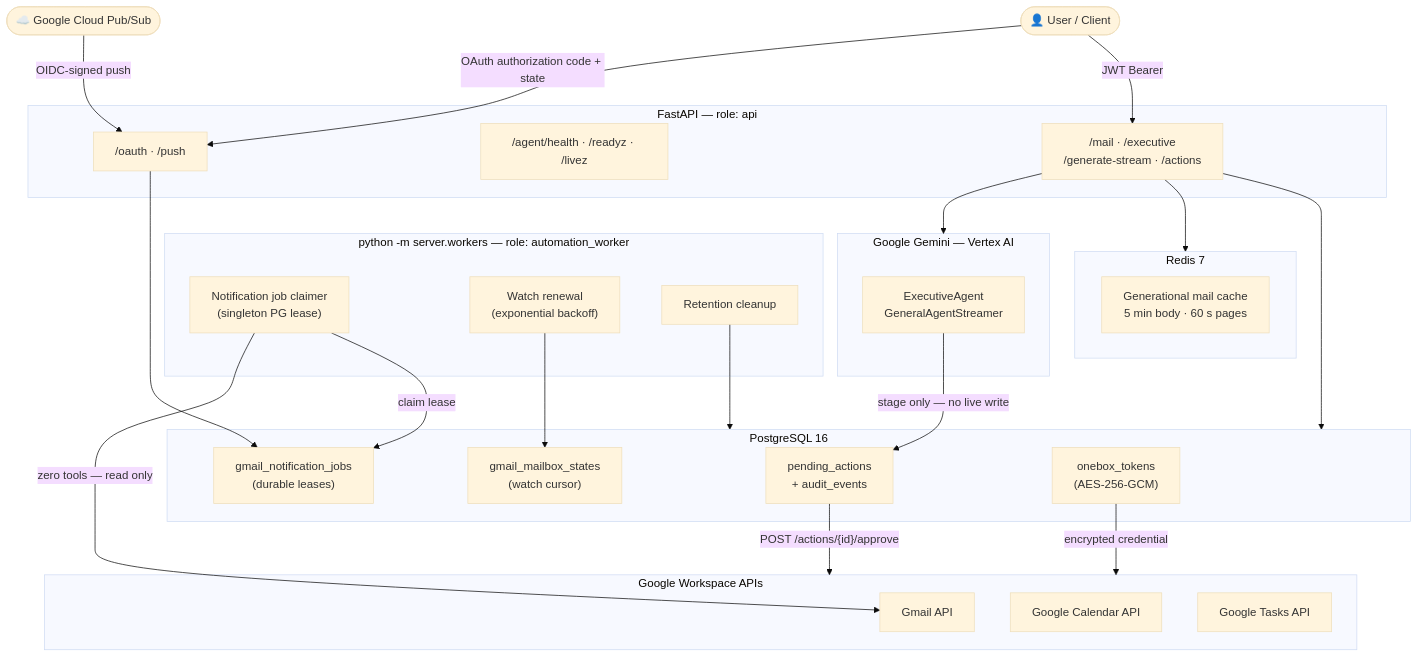
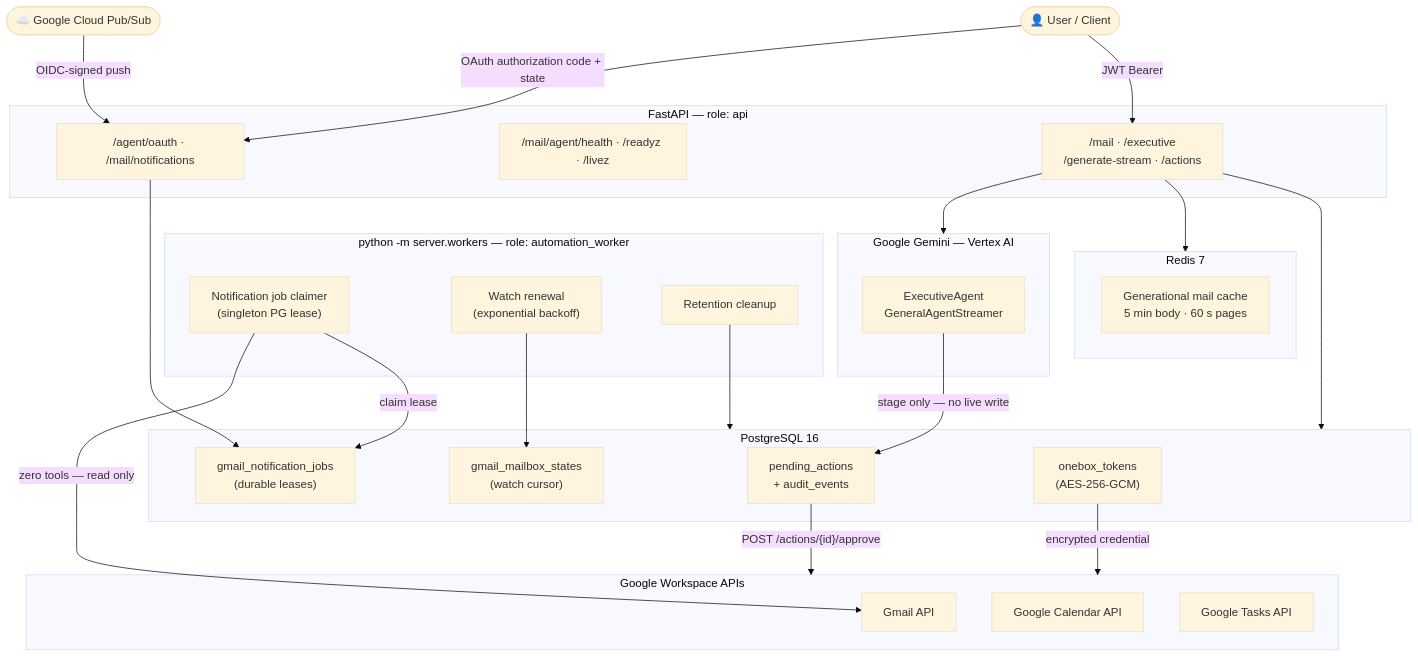
One commit to HarshilMaks/onebox changed the first of 2 diagrams in README.md. Above: the diagram before and after it, drawn with Mermaid (base theme).

Commit message:
docs: correct service routes in architecture diagram

````diff
--- a/README.md
+++ b/README.md
@@ -45,57 +45,57 @@
 ```mermaid
 flowchart TD
     User(["👤 User / Client"])
     GCP(["☁️ Google Cloud Pub/Sub"])
 
     subgraph API ["FastAPI — role: api"]
         R1["/mail · /executive\n/generate-stream · /actions"]
-        R2["/agent/health · /readyz · /livez"]
-        R3["/oauth · /push"]
+        R2["/mail/agent/health · /readyz · /livez"]
+        R3["/agent/oauth · /mail/notifications"]
     end
 
     subgraph PG ["PostgreSQL 16"]
         T["onebox_tokens\n(AES-256-GCM)"]
         PA["pending_actions\n+ audit_events"]
         JQ["gmail_notification_jobs\n(durable leases)"]
         MB["gmail_mailbox_states\n(watch cursor)"]
     end
 
     subgraph Cache ["Redis 7"]
         RC["Generational mail cache\n5 min body · 60 s pages"]
     end
 
     subgraph Worker ["python -m server.workers — role: automation_worker"]
         W1["Notification job claimer\n(singleton PG lease)"]
         W2["Watch renewal\n(exponential backoff)"]
         W3["Retention cleanup"]
     end
 
     subgraph Gemini ["Google Gemini — Vertex AI"]
         AG["ExecutiveAgent\nGeneralAgentStreamer"]
     end
 
     subgraph GWS ["Google Workspace APIs"]
         GM["Gmail API"]
         GC["Google Calendar API"]
         GT["Google Tasks API"]
     end
 
     User -->|"JWT Bearer"| R1
     User -->|"OAuth authorization code + state"| R3
     GCP -->|"OIDC-signed push"| R3
 
     R1 --> PG
     R1 --> Cache
     R1 --> Gemini
     R3 --> JQ
 
     AG -->|"stage only — no live write"| PA
     PA -->|"POST /actions/{id}/approve"| GWS
 
     W1 -->|"claim lease"| JQ
     W1 -->|"zero tools — read only"| GM
     W2 --> MB
     W3 --> PG
 
     T -->|"encrypted credential"| GWS
 ```
````
